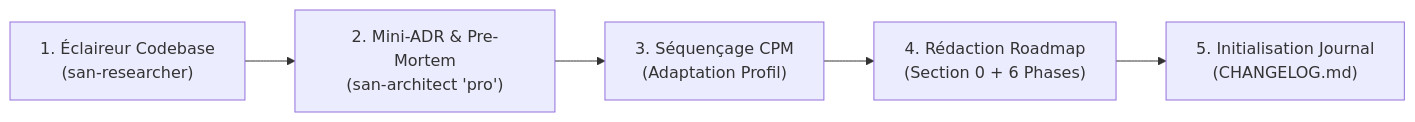
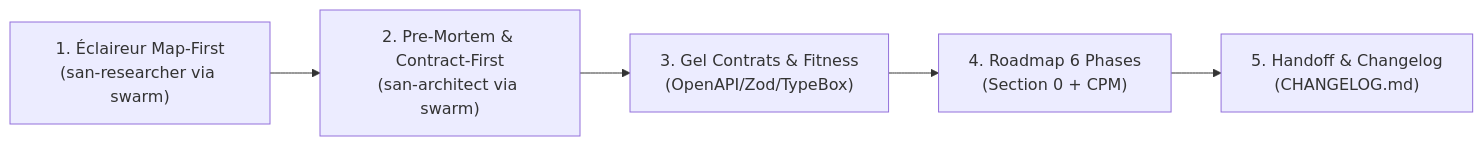
Before and after one commit to alexsan-dev/san_agy_framework: the diagram in src/skills/san_planner/SKILL.md, drawn with Mermaid. The commit also changed other lines of this file and 53 other files, not shown here.

````diff
--- a/src/skills/san_planner/SKILL.md
+++ b/src/skills/san_planner/SKILL.md
@@ -14,7 +14,7 @@
 ```mermaid
 flowchart LR
-    E1["1. Éclaireur Codebase\n(san-researcher)"] --> E2["2. Mini-ADR & Pre-Mortem\n(san-architect 'pro')"]
-    E2 --> E3["3. Séquençage CPM\n(Adaptation Profil)"]
-    E3 --> E4["4. Rédaction Roadmap\n(Section 0 + 6 Phases)"]
-    E4 --> E5["5. Initialisation Journal\n(CHANGELOG.md)"]
+    E1["1. Éclaireur Map-First\n(san-researcher via swarm)"] --> E2["2. Pre-Mortem & Contract-First\n(san-architect via swarm)"]
+    E2 --> E3["3. Gel Contrats & Fitness\n(OpenAPI/Zod/TypeBox)"]
+    E3 --> E4["4. Roadmap 6 Phases\n(Section 0 + CPM)"]
+    E4 --> E5["5. Handoff & Changelog\n(CHANGELOG.md)"]
 ```
````
